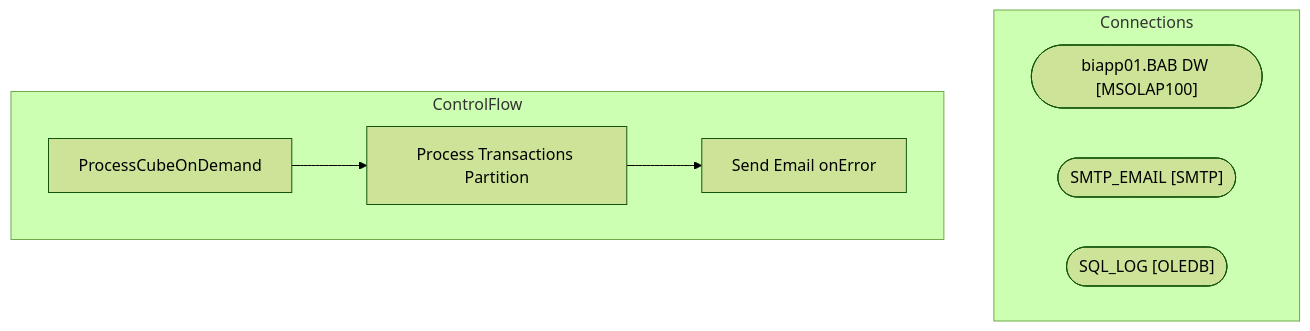
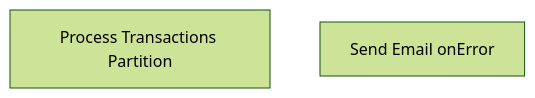
Before and after one commit to juanandresbrain/BABSkills: the diagram in bab-docs-explorer/Documentation/STL-SSIS-P-01/SSIS/SSIS/CUBE.ProcessCubeOnDemand.md, drawn with Mermaid (forest theme). The commit also changed other lines of this file and 273 other files, not shown here.

````diff
--- a/bab-docs-explorer/Documentation/STL-SSIS-P-01/SSIS/SSIS/CUBE.ProcessCubeOnDemand.md
+++ b/bab-docs-explorer/Documentation/STL-SSIS-P-01/SSIS/SSIS/CUBE.ProcessCubeOnDemand.md
@@ -9,15 +32,5 @@
 ```mermaid
 flowchart TD
-    subgraph Connections
-        biapp01_BAB_DW_conn(["biapp01.BAB DW [MSOLAP100]"])
-        SMTP_EMAIL_conn(["SMTP_EMAIL [SMTP]"])
-        SQL_LOG_conn(["SQL_LOG [OLEDB]"])
-    end
-    subgraph ControlFlow
-        ProcessCubeOnDemand_task["ProcessCubeOnDemand"]
-        Process_Transactions_Partition_task["Process Transactions Partition"]
-        ProcessCubeOnDemand_task --> Process_Transactions_Partition_task
-        Send_Email_onError_task["Send Email onError"]
-        Process_Transactions_Partition_task --> Send_Email_onError_task
-    end
+    n_Package_Process_Transactions_Partition["Process Transactions Partition"]
+    n_Package_EventHandlers_OnError__Send_Email_onError["Send Email onError"]
 ```
````
